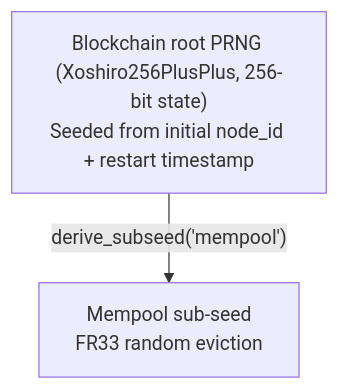
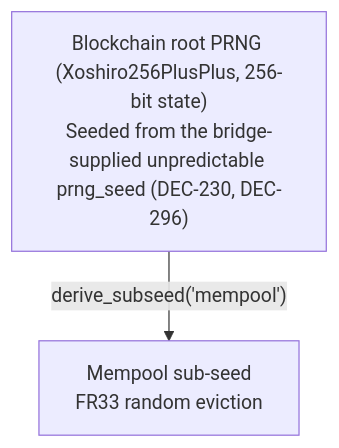
One commit to petersallai/moonblokz-info changed the second of 3 diagrams in moonblokz-blockchain-architecture.md. Above: the diagram before and after it, drawn with Mermaid. The commit also changed other lines of this file and 3 other files, not shown here.

````diff
--- a/moonblokz-blockchain-architecture.md
+++ b/moonblokz-blockchain-architecture.md
@@ -188,7 +188,7 @@
 ```mermaid
 graph TB
-    Root["Blockchain root PRNG (Xoshiro256PlusPlus, 256-bit state)<br/>Seeded from initial node_id + restart timestamp"]
+    Root["Blockchain root PRNG (Xoshiro256PlusPlus, 256-bit state)<br/>Seeded from the bridge-supplied unpredictable prng_seed (DEC-230, DEC-296)"]
     Mempool["Mempool sub-seed<br/>FR33 random eviction"]
 
     Root -->|"derive_subseed('mempool')"| Mempool
 ```
````
